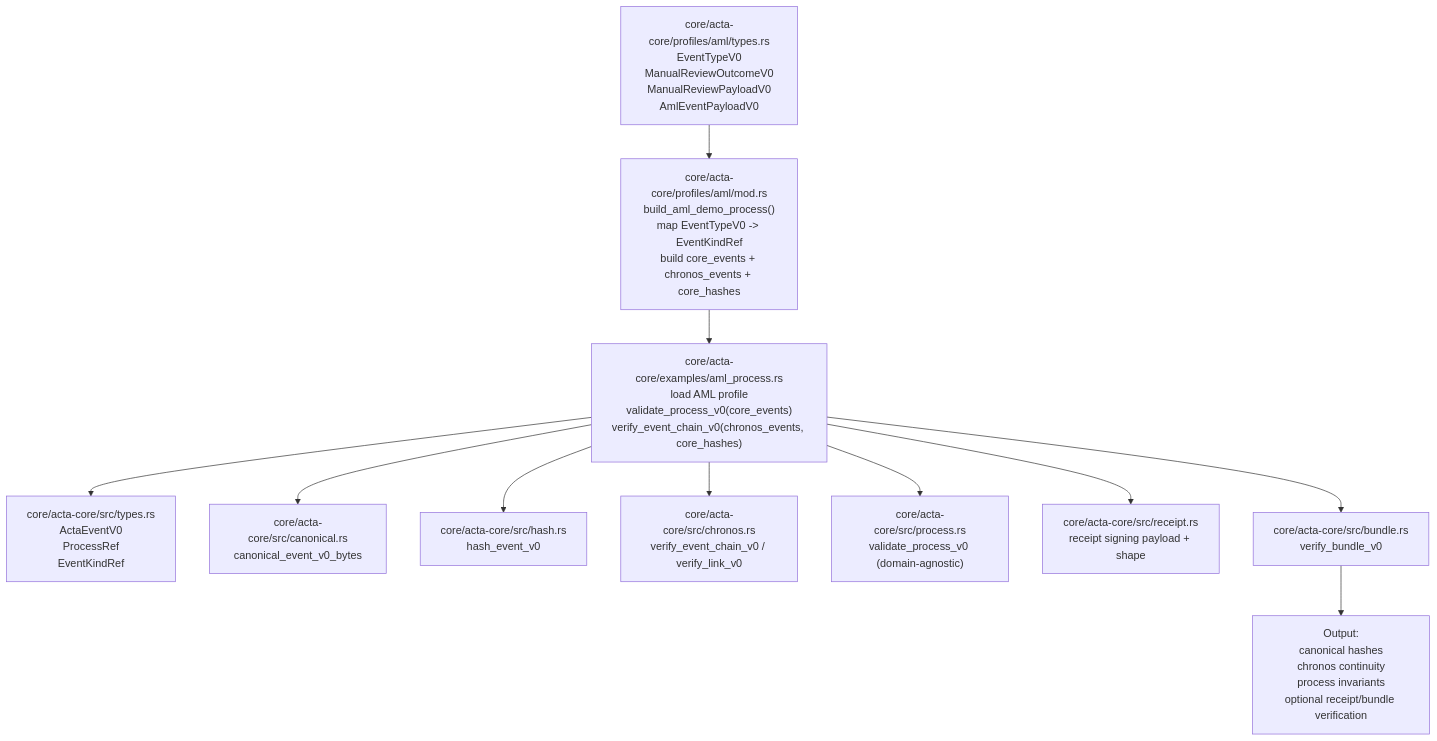
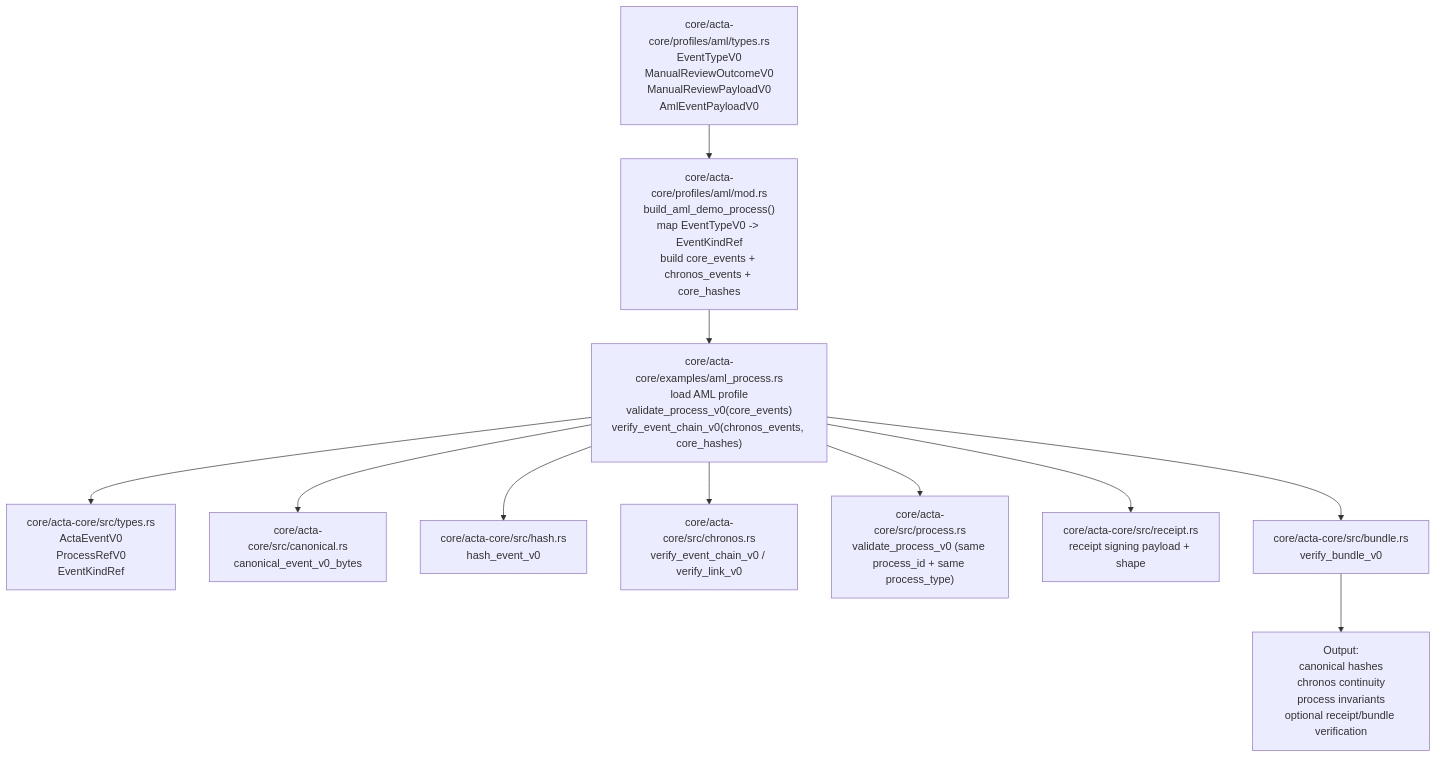
The diagram in README.md (Horizon-Code/acta-core), drawn with Mermaid before and after one commit. The commit also changed 5 other files, not shown here.

Commit message:
feat(core): enforce process_type invariant per process_id and rename ProcessRef to ProcessRefV0

````diff
--- a/README.md
+++ b/README.md
@@ -14,15 +14,15 @@
 ```mermaid
 flowchart TD
     A["core/acta-core/profiles/aml/types.rs<br/>EventTypeV0<br/>ManualReviewOutcomeV0<br/>ManualReviewPayloadV0<br/>AmlEventPayloadV0"] --> B["core/acta-core/profiles/aml/mod.rs<br/>build_aml_demo_process()<br/>map EventTypeV0 -> EventKindRef<br/>build core_events + chronos_events + core_hashes"]
     B --> C["core/acta-core/examples/aml_process.rs<br/>load AML profile<br/>validate_process_v0(core_events)<br/>verify_event_chain_v0(chronos_events, core_hashes)"]
 
-    C --> D["core/acta-core/src/types.rs<br/>ActaEventV0<br/>ProcessRef<br/>EventKindRef"]
+    C --> D["core/acta-core/src/types.rs<br/>ActaEventV0<br/>ProcessRefV0<br/>EventKindRef"]
     C --> E["core/acta-core/src/canonical.rs<br/>canonical_event_v0_bytes"]
     C --> F["core/acta-core/src/hash.rs<br/>hash_event_v0"]
     C --> G["core/acta-core/src/chronos.rs<br/>verify_event_chain_v0 / verify_link_v0"]
-    C --> H["core/acta-core/src/process.rs<br/>validate_process_v0 (domain-agnostic)"]
+    C --> H["core/acta-core/src/process.rs<br/>validate_process_v0 (same process_id + same process_type)"]
     C --> I["core/acta-core/src/receipt.rs<br/>receipt signing payload + shape"]
     C --> J["core/acta-core/src/bundle.rs<br/>verify_bundle_v0"]
 
     J --> K["Output:<br/>canonical hashes<br/>chronos continuity<br/>process invariants<br/>optional receipt/bundle verification"]
 ```
````
